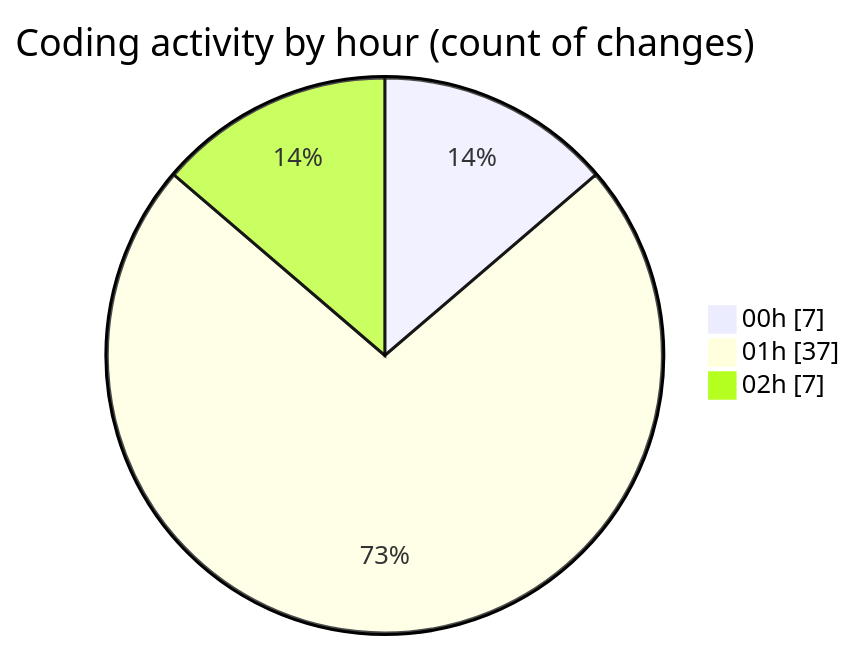
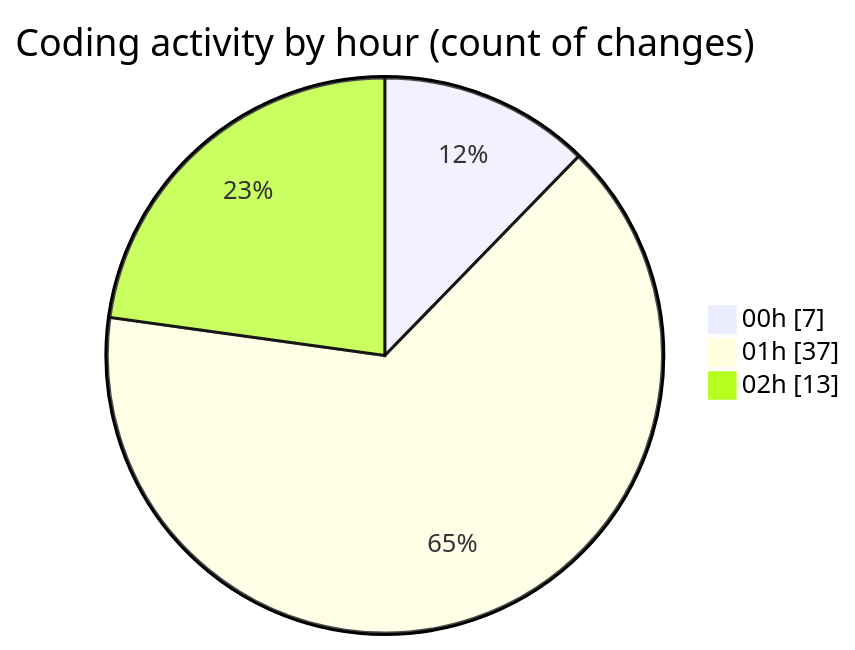
Before and after one commit to charlie-sans/code-tracking: the second of 2 diagrams in 2025-02-23/micros/README.md, drawn with Mermaid. The commit also changed other lines of this file and 1 other file, not shown here.

````diff
--- a/2025-02-23/micros/README.md
+++ b/2025-02-23/micros/README.md
@@ -41,7 +41,7 @@
 ```mermaid
 pie showData
 title Coding activity by hour (count of changes)
 "00h" : 7
 "01h" : 37
-"02h" : 7
+"02h" : 13
 ```
````
